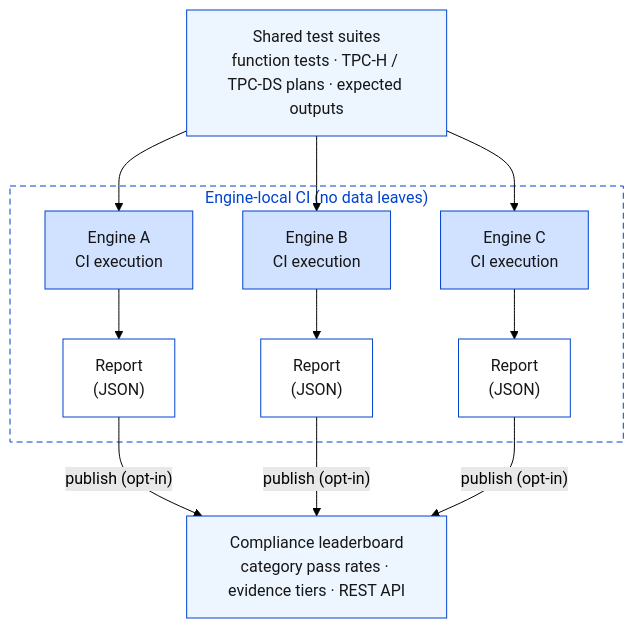
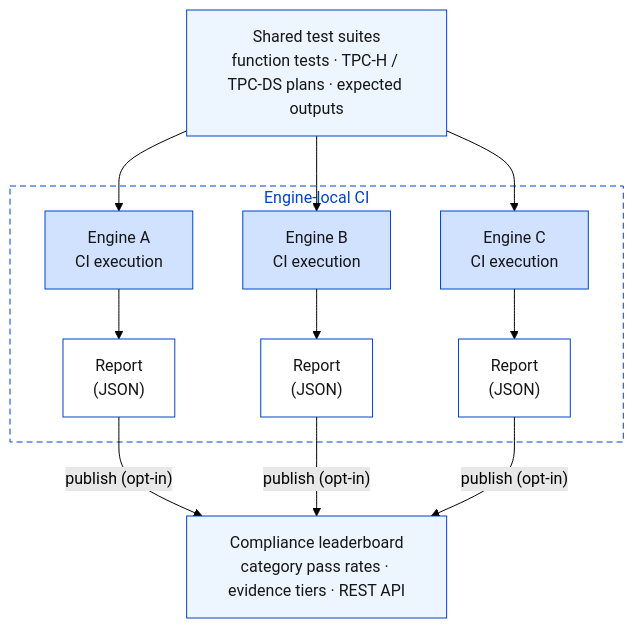
Before and after one commit to IBM/substrait-compliance: the first of 2 diagrams in docs/INTRODUCTION.md, drawn with Mermaid (forest theme).

Commit message:
docs: update INTRODUCTION.md mermaid diagram label

````diff
--- a/docs/INTRODUCTION.md
+++ b/docs/INTRODUCTION.md
@@ -29,35 +29,35 @@
 ```mermaid
 flowchart TD
     STS["Shared test suites<br/>function tests · TPC-H / TPC-DS plans · expected outputs"]
 
-    subgraph LOCAL["Engine-local CI (no data leaves)"]
+    subgraph LOCAL["Engine-local CI"]
         EA["Engine A<br/>CI execution"]
         EB["Engine B<br/>CI execution"]
         EC["Engine C<br/>CI execution"]
         RA["Report<br/>(JSON)"]
         RB["Report<br/>(JSON)"]
         RC["Report<br/>(JSON)"]
         EA --> RA
         EB --> RB
         EC --> RC
     end
 
     LB["Compliance leaderboard<br/>category pass rates · evidence tiers · REST API"]
 
     STS --> EA
     STS --> EB
     STS --> EC
     RA -->|"publish (opt-in)"| LB
     RB -->|"publish (opt-in)"| LB
     RC -->|"publish (opt-in)"| LB
 
     style STS fill:#edf5ff,stroke:#0043ce,color:#161616
     style LOCAL fill:#ffffff,stroke:#0043ce,stroke-dasharray:6 4,color:#0043ce
     style EA fill:#d0e2ff,stroke:#0043ce,color:#161616
     style EB fill:#d0e2ff,stroke:#0043ce,color:#161616
     style EC fill:#d0e2ff,stroke:#0043ce,color:#161616
     style RA fill:#ffffff,stroke:#0043ce,color:#161616
     style RB fill:#ffffff,stroke:#0043ce,color:#161616
     style RC fill:#ffffff,stroke:#0043ce,color:#161616
     style LB fill:#edf5ff,stroke:#0043ce,color:#161616
 ```
````
